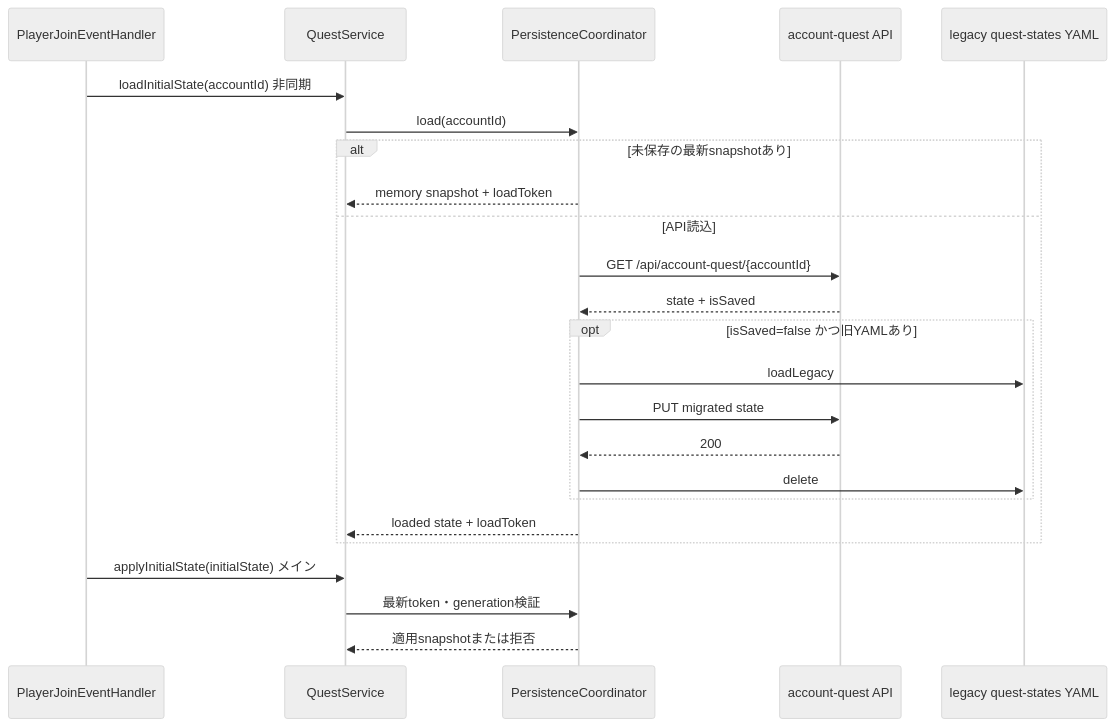
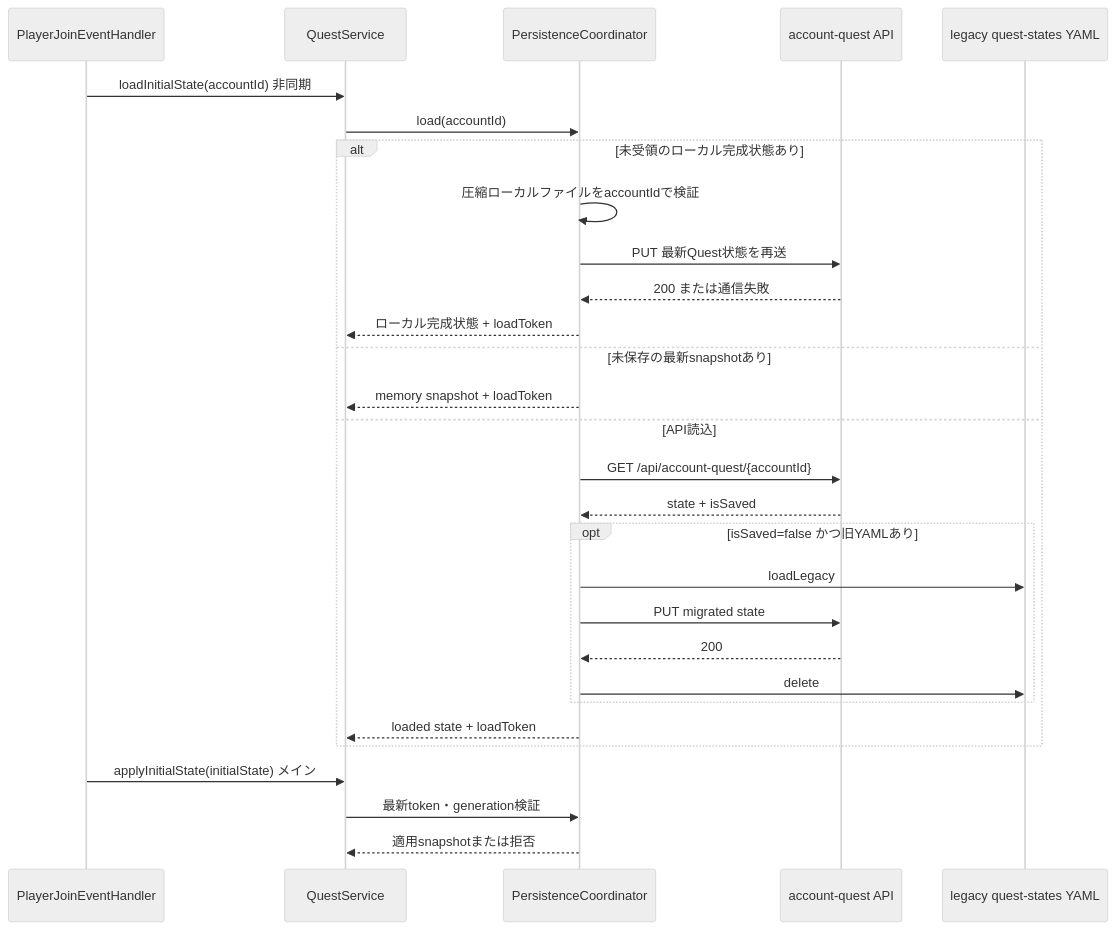
The first of 5 diagrams in 00_docs/10_Plugin設計書/feature/29-quest/29_4-統合フロー.md (maaasu/AstralRecord-Workspace), drawn with Mermaid (neutral theme) before and after one commit. The commit also changed other lines of this file and 3 other files, not shown here.

````diff
--- a/00_docs/10_Plugin設計書/feature/29-quest/29_4-統合フロー.md
+++ b/00_docs/10_Plugin設計書/feature/29-quest/29_4-統合フロー.md
@@ -7,27 +7,32 @@
 ```mermaid
 sequenceDiagram
     participant Join as PlayerJoinEventHandler
     participant Quest as QuestService
     participant Coord as PersistenceCoordinator
     participant API as account-quest API
     participant YAML as legacy quest-states YAML
 
     Join->>Quest: loadInitialState(accountId) 非同期
     Quest->>Coord: load(accountId)
-    alt 未保存の最新snapshotあり
+    alt 未受領のローカル完成状態あり
+        Coord->>Coord: 圧縮ローカルファイルをaccountIdで検証
+        Coord->>API: PUT 最新Quest状態を再送
+        API-->>Coord: 200 または通信失敗
+        Coord-->>Quest: ローカル完成状態 + loadToken
+    else 未保存の最新snapshotあり
         Coord-->>Quest: memory snapshot + loadToken
     else API読込
         Coord->>API: GET /api/account-quest/{accountId}
         API-->>Coord: state + isSaved
         opt isSaved=false かつ旧YAMLあり
             Coord->>YAML: loadLegacy
             Coord->>API: PUT migrated state
             API-->>Coord: 200
             Coord->>YAML: delete
         end
         Coord-->>Quest: loaded state + loadToken
     end
     Join->>Quest: applyInitialState(initialState) メイン
     Quest->>Coord: 最新token・generation検証
     Coord-->>Quest: 適用snapshotまたは拒否
 ```
````
